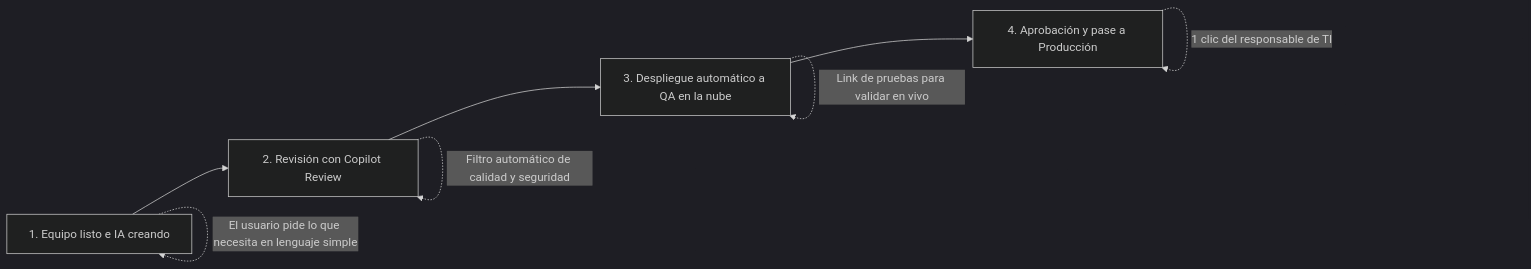
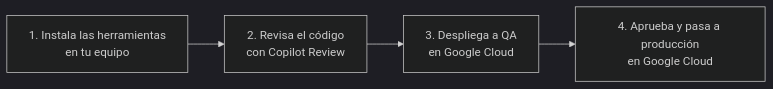
One commit to 888Leonidas888/app_template_fullstack changed the diagram in docs/presentacion-flujo-ia.md. Above: the diagram before and after it, drawn with Mermaid (dark theme). The commit also changed other lines of this file and 2 other files, not shown here.

````diff
--- a/docs/presentacion-flujo-ia.md
+++ b/docs/presentacion-flujo-ia.md
@@ -5,11 +3,6 @@
 ```mermaid
 flowchart LR
-    S1["1. Equipo listo e IA creando"] --> S2["2. Revisión con Copilot Review"]
-    S2 --> S3["3. Despliegue automático a QA en la nube"]
-    S3 --> S4["4. Aprobación y pase a Producción"]
-
-    S1 -. "El usuario pide lo que necesita en lenguaje simple" .-> S1
-    S2 -. "Filtro automático de calidad y seguridad" .-> S2
-    S3 -. "Link de pruebas para validar en vivo" .-> S3
-    S4 -. "1 clic del responsable de TI" .-> S4
+    A["1. Instala las herramientas<br/>en tu equipo"] --> B["2. Revisa el código<br/>con Copilot Review"]
+    B --> C["3. Despliega a QA<br/>en Google Cloud"]
+    C --> D["4. Aprueba y pasa a producción<br/>en Google Cloud"]
 ```
````
